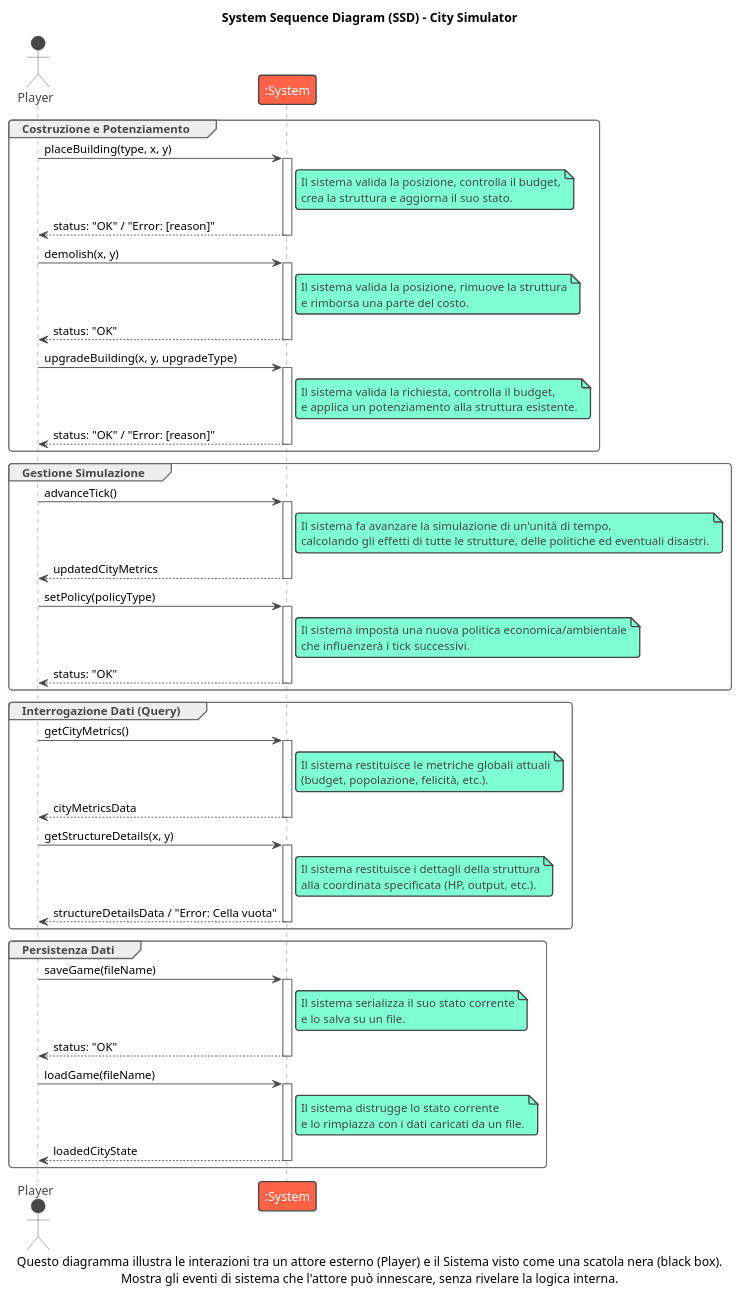
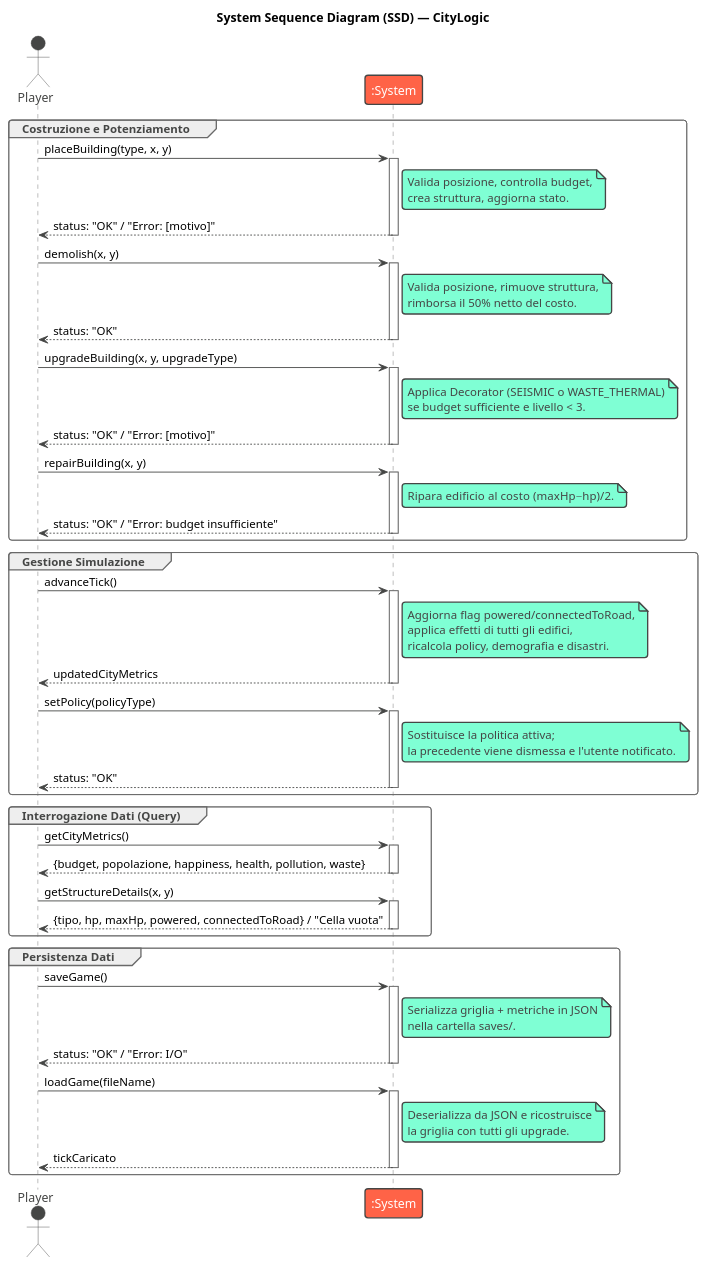
Before and after one commit to simonebumstead/city_simulator: the second of 6 diagrams in docs/DesignDocument.md, drawn with PlantUML. The commit also changed other lines of this file and 19 other files, not shown here.

````diff
--- a/docs/DesignDocument.md
+++ b/docs/DesignDocument.md
@@ -231,74 +126,77 @@
 ```plantuml
 @startuml
 !theme vibrant
 
-title System Sequence Diagram (SSD) - City Simulator
-caption Questo diagramma illustra le interazioni tra un attore esterno (Player) e il Sistema visto come una scatola nera (black box).\nMostra gli eventi di sistema che l'attore può innescare, senza rivelare la logica interna.
+title System Sequence Diagram (SSD) — CityLogic
 
 actor Player
 participant ":System" as System
 
 group Costruzione e Potenziamento
     Player -> System: placeBuilding(type, x, y)
     activate System
-    note right of System: Il sistema valida la posizione, controlla il budget,\ncrea la struttura e aggiorna il suo stato.
-    System --> Player: status: "OK" / "Error: [reason]"
+    note right of System: Valida posizione, controlla budget,\ncrea struttura, aggiorna stato.
+    System --> Player: status: "OK" / "Error: [motivo]"
     deactivate System
 
     Player -> System: demolish(x, y)
     activate System
-    note right of System: Il sistema valida la posizione, rimuove la struttura\ne rimborsa una parte del costo.
+    note right of System: Valida posizione, rimuove struttura,\nrimborsa il 50% netto del costo.
     System --> Player: status: "OK"
     deactivate System
 
     Player -> System: upgradeBuilding(x, y, upgradeType)
     activate System
-    note right of System: Il sistema valida la richiesta, controlla il budget,\ne applica un potenziamento alla struttura esistente.
-    System --> Player: status: "OK" / "Error: [reason]"
+    note right of System: Applica Decorator (SEISMIC o WASTE_THERMAL)\nse budget sufficiente e livello < 3.
+    System --> Player: status: "OK" / "Error: [motivo]"
+    deactivate System
+
+    Player -> System: repairBuilding(x, y)
+    activate System
+    note right of System: Ripara edificio al costo (maxHp−hp)/2.
+    System --> Player: status: "OK" / "Error: budget insufficiente"
     deactivate System
 end
 
 group Gestione Simulazione
     Player -> System: advanceTick()
     activate System
-    note right of System: Il sistema fa avanzare la simulazione di un'unità di tempo,\ncalcolando gli effetti di tutte le strutture, delle politiche ed eventuali disastri.
+    note right of System: Aggiorna flag powered/connectedToRoad,\napplica effetti di tutti gli edifici,\nricalcola policy, demografia e disastri.
     System --> Player: updatedCityMetrics
     deactivate System
 
     Player -> System: setPolicy(policyType)
     activate System
-    note right of System: Il sistema imposta una nuova politica economica/ambientale\nche influenzerà i tick successivi.
+    note right of System: Sostituisce la politica attiva;\nla precedente viene dismessa e l'utente notificato.
     System --> Player: status: "OK"
     deactivate System
 end
 
 group Interrogazione Dati (Query)
     Player -> System: getCityMetrics()
     activate System
-    note right of System: Il sistema restituisce le metriche globali attuali\n(budget, popolazione, felicità, etc.).
-    System --> Player: cityMetricsData
+    System --> Player: {budget, popolazione, happiness, health, pollution, waste}
     deactivate System
 
     Player -> System: getStructureDetails(x, y)
     activate System
-    note right of System: Il sistema restituisce i dettagli della struttura\nalla coordinata specificata (HP, output, etc.).
-    System --> Player: structureDetailsData / "Error: Cella vuota"
+    System --> Player: {tipo, hp, maxHp, powered, connectedToRoad} / "Cella vuota"
     deactivate System
 end
 
 group Persistenza Dati
-    Player -> System: saveGame(fileName)
+    Player -> System: saveGame()
     activate System
-    note right of System: Il sistema serializza il suo stato corrente\ne lo salva su un file.
-    System --> Player: status: "OK"
+    note right of System: Serializza griglia + metriche in JSON\nnella cartella saves/.
+    System --> Player: status: "OK" / "Error: I/O"
     deactivate System
 
     Player -> System: loadGame(fileName)
     activate System
-    note right of System: Il sistema distrugge lo stato corrente\ne lo rimpiazza con i dati caricati da un file.
-    System --> Player: loadedCityState
+    note right of System: Deserializza da JSON e ricostruisce\nla griglia con tutti gli upgrade.
+    System --> Player: tickCaricato
     deactivate System
 end
 
 @enduml
 ```
````
